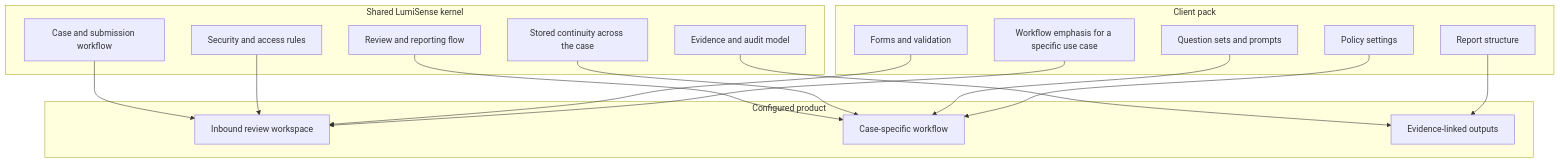
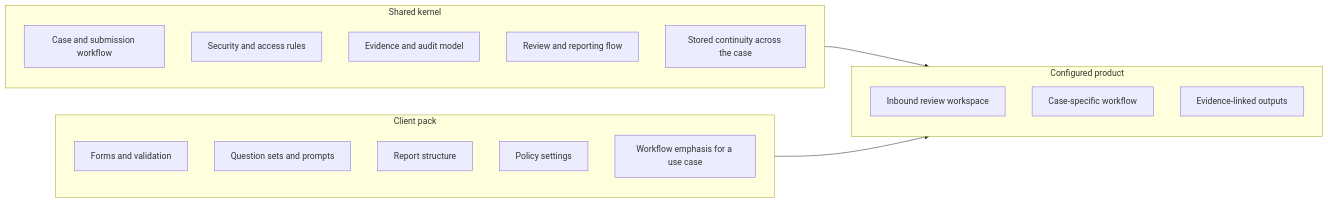
The diagram in docs/media/03-kernel-and-client-pack.md (meAloex/LumiSense-Aspire), drawn with Mermaid before and after one commit. The commit also changed 1 other file, not shown here.

Commit message:
Simplify kernel + client pack diagram and inline it in README

````diff
--- a/docs/media/03-kernel-and-client-pack.md
+++ b/docs/media/03-kernel-and-client-pack.md
@@ -7,35 +7,27 @@
 ```mermaid
-flowchart TB
-    subgraph A["Shared LumiSense kernel"]
-        A1["Case and submission workflow"]
-        A2["Security and access rules"]
-        A3["Evidence and audit model"]
-        A4["Review and reporting flow"]
-        A5["Stored continuity across the case"]
+flowchart LR
+    subgraph K["Shared kernel"]
+        direction TB
+        K1[Case and submission workflow]
+        K2[Security and access rules]
+        K3[Evidence and audit model]
+        K4[Review and reporting flow]
+        K5[Stored continuity across the case]
     end
-
-    subgraph B["Client pack"]
-        B1["Forms and validation"]
-        B2["Question sets and prompts"]
-        B3["Report structure"]
-        B4["Policy settings"]
-        B5["Workflow emphasis for a specific use case"]
+    subgraph P["Client pack"]
+        direction TB
+        P1[Forms and validation]
+        P2[Question sets and prompts]
+        P3[Report structure]
+        P4[Policy settings]
+        P5[Workflow emphasis for a use case]
     end
-
     subgraph C["Configured product"]
-        C1["Inbound review workspace"]
-        C2["Case-specific workflow"]
-        C3["Evidence-linked outputs"]
+        direction TB
+        C1[Inbound review workspace]
+        C2[Case-specific workflow]
+        C3[Evidence-linked outputs]
     end
-
-    A1 --> C1
-    A2 --> C1
-    A3 --> C3
-    A4 --> C2
-    A5 --> C2
-    B1 --> C1
-    B2 --> C2
-    B3 --> C3
-    B4 --> C2
-    B5 --> C1
+    K --> C
+    P --> C
 ```
````
